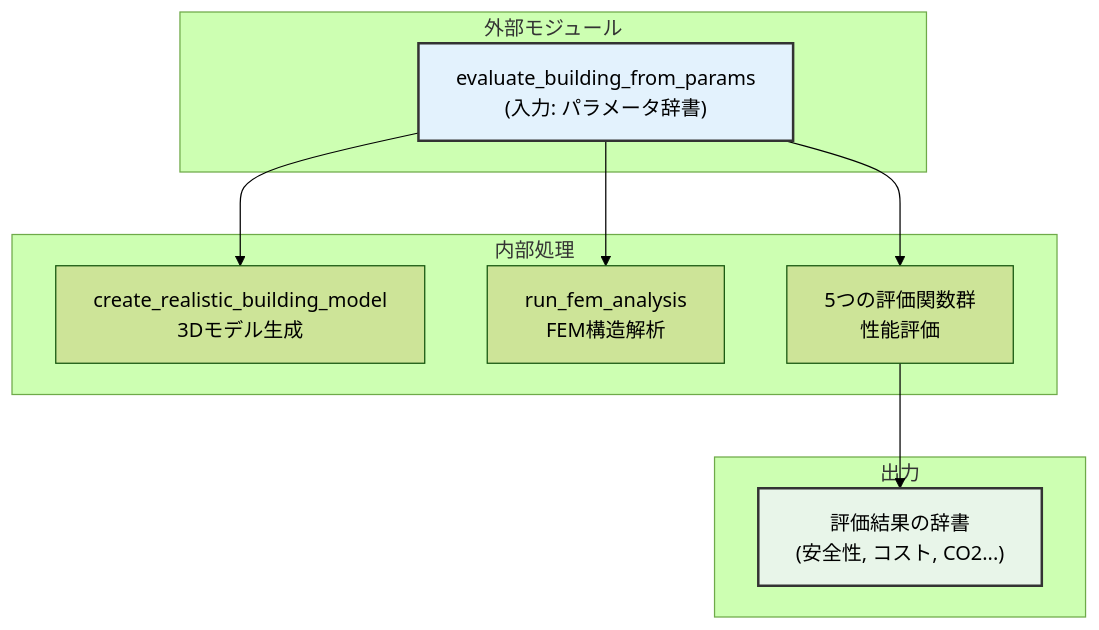
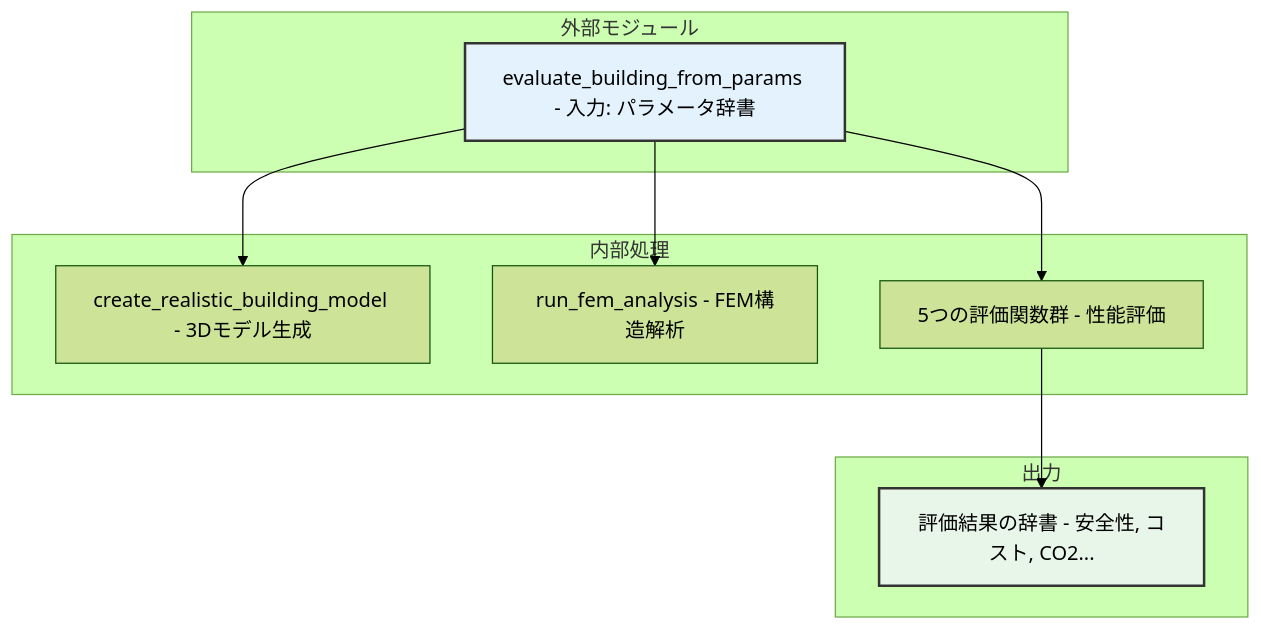
One commit to jkushida/ai-arch changed the first of 2 diagrams in docs/generate_building_fem_analyze_report_revised.md. Above: the diagram before and after it, drawn with Mermaid (forest theme). The commit also changed other lines of this file and 3 other files, not shown here.

First line of the commit message:
Replace HTML br tags with hyphens in Mermaid diagrams for GitHub Pages compatibility 🌐

````diff
--- a/docs/generate_building_fem_analyze_report_revised.md
+++ b/docs/generate_building_fem_analyze_report_revised.md
@@ -13,24 +13,24 @@
 ```mermaid
 graph TD
     subgraph 外部モジュール
-        A["evaluate_building_from_params<br>(入力: パラメータ辞書)"]
+        A["evaluate_building_from_params - 入力: パラメータ辞書"]
     end
 
     subgraph 内部処理
-        B["create_realistic_building_model<br>3Dモデル生成"]
-        C["run_fem_analysis<br>FEM構造解析"]
-        D["5つの評価関数群<br>性能評価"]
+        B["create_realistic_building_model - 3Dモデル生成"]
+        C["run_fem_analysis - FEM構造解析"]
+        D["5つの評価関数群 - 性能評価"]
     end
 
     subgraph 出力
-        E["評価結果の辞書<br>(安全性, コスト, CO2...) "]
+        E["評価結果の辞書 - 安全性, コスト, CO2..."]
     end
 
     A --> B
     A --> C
     A --> D
     D --> E
 
     style A fill:#e3f2fd,stroke:#333,stroke-width:2px
     style E fill:#e8f5e9,stroke:#333,stroke-width:2px
 ```
````
